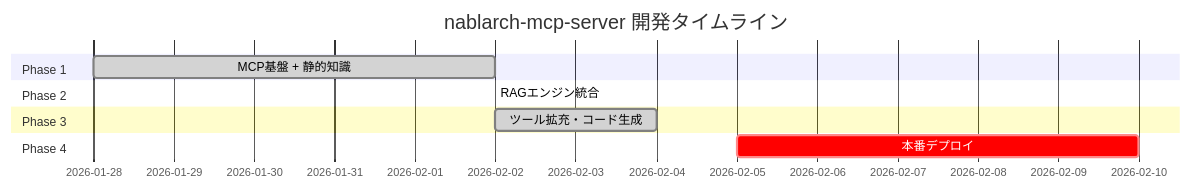
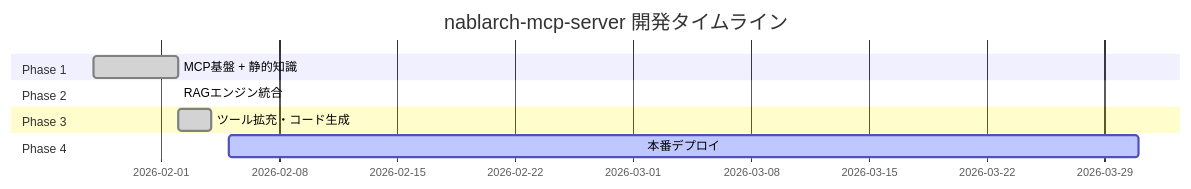
Before and after one commit to kumagoro1202/nablarch-mcp-server: the ninth of 10 diagrams in docs/articles/02-project-overview.md, drawn with Mermaid. The commit also changed other lines of this file and 9 other files, not shown here.

````diff
--- a/docs/articles/02-project-overview.md
+++ b/docs/articles/02-project-overview.md
@@ -405,13 +405,13 @@
 ```mermaid
 gantt
     title nablarch-mcp-server 開発タイムライン
     dateFormat  YYYY-MM-DD
     section Phase 1
     MCP基盤 + 静的知識           :done, p1, 2026-01-28, 2026-02-02
     section Phase 2
     RAGエンジン統合             :done, p2, 2026-02-02, 2026-02-02
     section Phase 3
     ツール拡充・コード生成        :done, p3, 2026-02-02, 2026-02-04
     section Phase 4
-    本番デプロイ                 :crit, p4, 2026-02-05, 2026-02-10
+    本番デプロイ                 :active, p4, 2026-02-05, 2026-03-31
 ```
````
